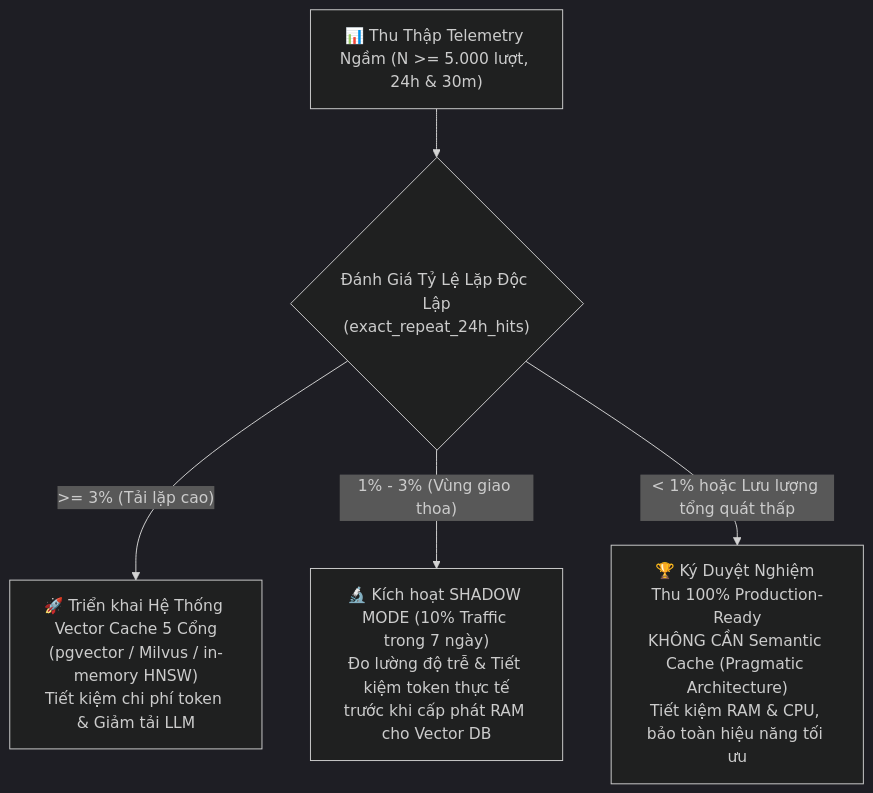
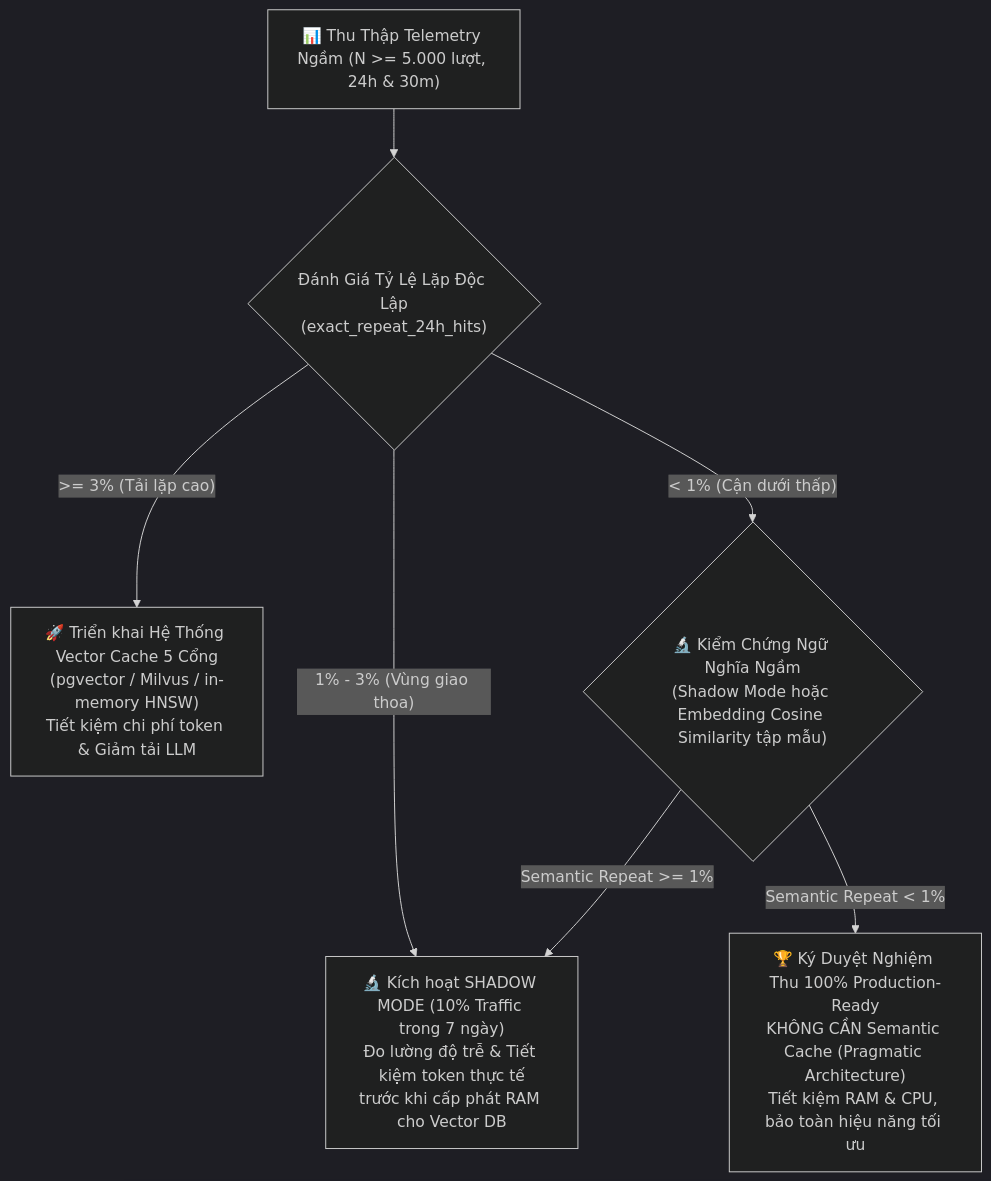
One commit to DoAnhThu832004/Back-end-Music changed the second of 2 diagrams in THIET_KE_CHI_TIET_LOP_7_CACHE_ROUTER.md. Above: the diagram before and after it, drawn with Mermaid (dark theme). The commit also changed other lines of this file and 3 other files, not shown here.

````diff
--- a/THIET_KE_CHI_TIET_LOP_7_CACHE_ROUTER.md
+++ b/THIET_KE_CHI_TIET_LOP_7_CACHE_ROUTER.md
@@ -702,10 +752,13 @@
 ```mermaid
 graph TD
     Data["📊 Thu Thập Telemetry Ngầm (N >= 5.000 lượt, 24h & 30m)"] --> Evaluate{"Đánh Giá Tỷ Lệ Lặp Độc Lập<br/>(exact_repeat_24h_hits)"}
     
     Evaluate -- ">= 3% (Tải lặp cao)" --> DeployCache["🚀 Triển khai Hệ Thống Vector Cache 5 Cổng<br/>(pgvector / Milvus / in-memory HNSW)<br/>Tiết kiệm chi phí token & Giảm tải LLM"]
     
     Evaluate -- "1% - 3% (Vùng giao thoa)" --> ShadowMode["🔬 Kích hoạt SHADOW MODE (10% Traffic trong 7 ngày)<br/>Đo lường độ trễ & Tiết kiệm token thực tế<br/>trước khi cấp phát RAM cho Vector DB"]
     
-    Evaluate -- "< 1% hoặc Lưu lượng tổng quát thấp" --> SignOff["🏆 Ký Duyệt Nghiệm Thu 100% Production-Ready<br/>KHÔNG CẦN Semantic Cache (Pragmatic Architecture)<br/>Tiết kiệm RAM & CPU, bảo toàn hiệu năng tối ưu"]
+    Evaluate -- "< 1% (Cận dưới thấp)" --> SemanticVerify{"🔬 Kiểm Chứng Ngữ Nghĩa Ngầm<br/>(Shadow Mode hoặc Embedding Cosine Similarity tập mẫu)"}
+    
+    SemanticVerify -- "Semantic Repeat >= 1%" --> ShadowMode
+    SemanticVerify -- "Semantic Repeat < 1%" --> SignOff["🏆 Ký Duyệt Nghiệm Thu 100% Production-Ready<br/>KHÔNG CẦN Semantic Cache (Pragmatic Architecture)<br/>Tiết kiệm RAM & CPU, bảo toàn hiệu năng tối ưu"]
 ```
````
